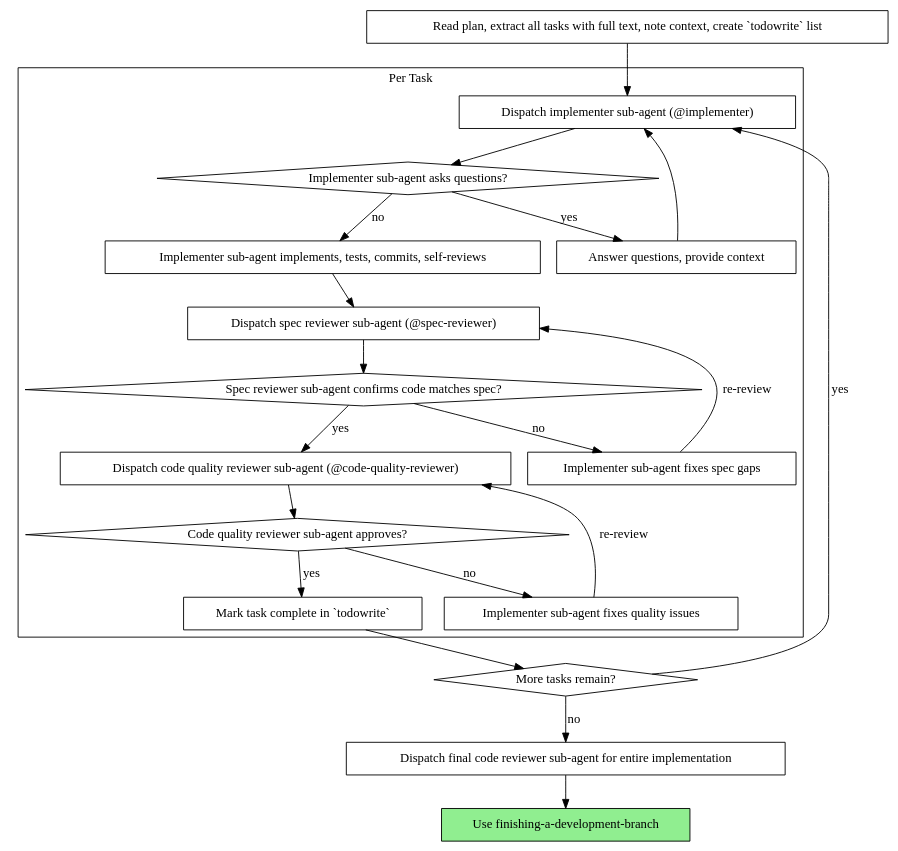
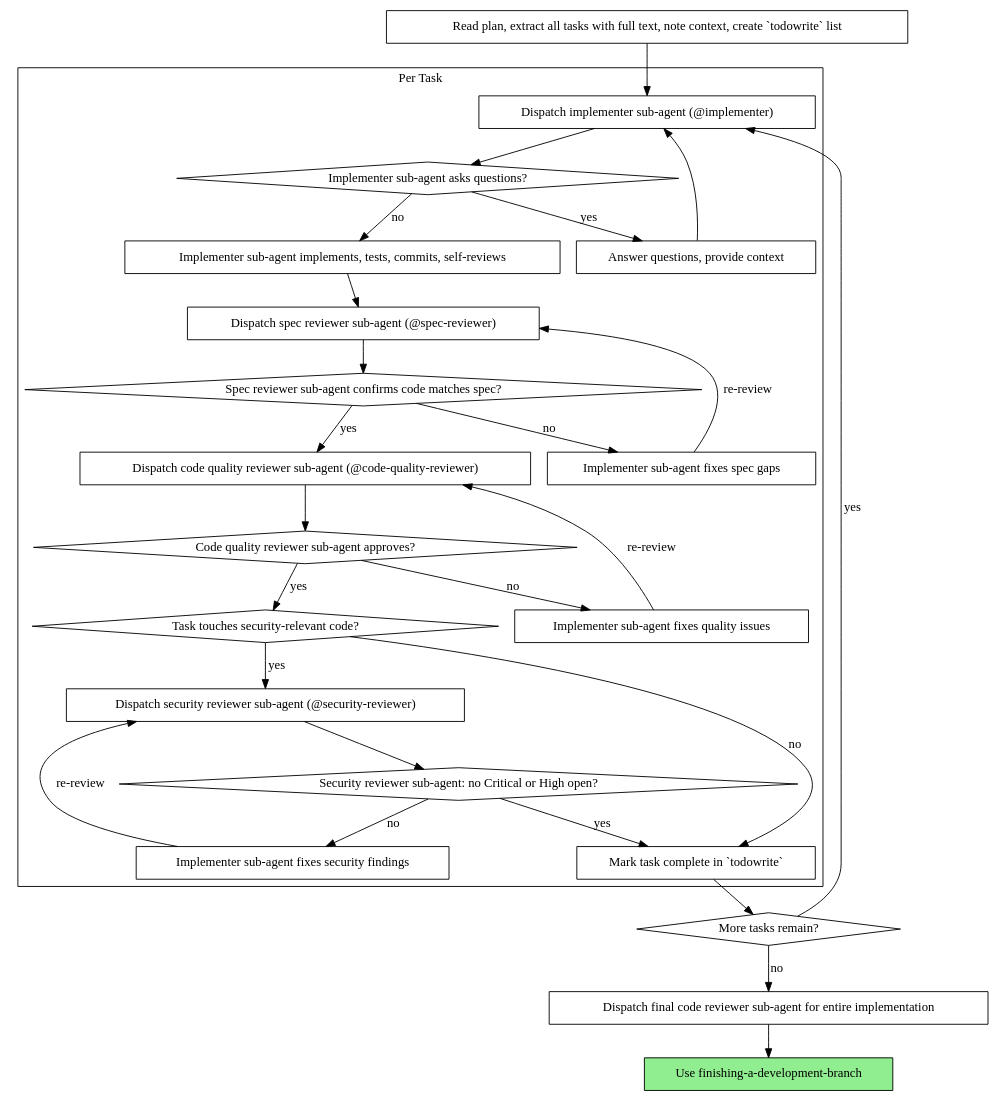
Before and after one commit to osmontero/opencode-skills: the second of 2 diagrams in skills/subagent-driven-development/SKILL.md, drawn with Graphviz. The commit also changed other lines of this file and 3 other files, not shown here.

Commit message:
Add security-reviewer as third gate in the dev review pipeline

````diff
--- a/skills/subagent-driven-development/SKILL.md
+++ b/skills/subagent-driven-development/SKILL.md
@@ -43,44 +43,54 @@
 ```dot
 digraph process {
     rankdir=TB;
 
     subgraph cluster_per_task {
         label="Per Task";
         "Dispatch implementer sub-agent (@implementer)" [shape=box];
         "Implementer sub-agent asks questions?" [shape=diamond];
         "Answer questions, provide context" [shape=box];
         "Implementer sub-agent implements, tests, commits, self-reviews" [shape=box];
         "Dispatch spec reviewer sub-agent (@spec-reviewer)" [shape=box];
         "Spec reviewer sub-agent confirms code matches spec?" [shape=diamond];
         "Implementer sub-agent fixes spec gaps" [shape=box];
         "Dispatch code quality reviewer sub-agent (@code-quality-reviewer)" [shape=box];
         "Code quality reviewer sub-agent approves?" [shape=diamond];
         "Implementer sub-agent fixes quality issues" [shape=box];
+        "Task touches security-relevant code?" [shape=diamond];
+        "Dispatch security reviewer sub-agent (@security-reviewer)" [shape=box];
+        "Security reviewer sub-agent: no Critical or High open?" [shape=diamond];
+        "Implementer sub-agent fixes security findings" [shape=box];
         "Mark task complete in `todowrite`" [shape=box];
     }
 
     "Read plan, extract all tasks with full text, note context, create `todowrite` list" [shape=box];
     "More tasks remain?" [shape=diamond];
     "Dispatch final code reviewer sub-agent for entire implementation" [shape=box];
     "Use finishing-a-development-branch" [shape=box style=filled fillcolor=lightgreen];
 
     "Read plan, extract all tasks with full text, note context, create `todowrite` list" -> "Dispatch implementer sub-agent (@implementer)";
     "Dispatch implementer sub-agent (@implementer)" -> "Implementer sub-agent asks questions?";
     "Implementer sub-agent asks questions?" -> "Answer questions, provide context" [label="yes"];
     "Answer questions, provide context" -> "Dispatch implementer sub-agent (@implementer)";
     "Implementer sub-agent asks questions?" -> "Implementer sub-agent implements, tests, commits, self-reviews" [label="no"];
     "Implementer sub-agent implements, tests, commits, self-reviews" -> "Dispatch spec reviewer sub-agent (@spec-reviewer)";
     "Dispatch spec reviewer sub-agent (@spec-reviewer)" -> "Spec reviewer sub-agent confirms code matches spec?";
     "Spec reviewer sub-agent confirms code matches spec?" -> "Implementer sub-agent fixes spec gaps" [label="no"];
     "Implementer sub-agent fixes spec gaps" -> "Dispatch spec reviewer sub-agent (@spec-reviewer)" [label="re-review"];
     "Spec reviewer sub-agent confirms code matches spec?" -> "Dispatch code quality reviewer sub-agent (@code-quality-reviewer)" [label="yes"];
     "Dispatch code quality reviewer sub-agent (@code-quality-reviewer)" -> "Code quality reviewer sub-agent approves?";
     "Code quality reviewer sub-agent approves?" -> "Implementer sub-agent fixes quality issues" [label="no"];
     "Implementer sub-agent fixes quality issues" -> "Dispatch code quality reviewer sub-agent (@code-quality-reviewer)" [label="re-review"];
-    "Code quality reviewer sub-agent approves?" -> "Mark task complete in `todowrite`" [label="yes"];
+    "Code quality reviewer sub-agent approves?" -> "Task touches security-relevant code?" [label="yes"];
+    "Task touches security-relevant code?" -> "Dispatch security reviewer sub-agent (@security-reviewer)" [label="yes"];
+    "Task touches security-relevant code?" -> "Mark task complete in `todowrite`" [label="no"];
+    "Dispatch security reviewer sub-agent (@security-reviewer)" -> "Security reviewer sub-agent: no Critical or High open?";
+    "Security reviewer sub-agent: no Critical or High open?" -> "Implementer sub-agent fixes security findings" [label="no"];
+    "Implementer sub-agent fixes security findings" -> "Dispatch security reviewer sub-agent (@security-reviewer)" [label="re-review"];
+    "Security reviewer sub-agent: no Critical or High open?" -> "Mark task complete in `todowrite`" [label="yes"];
     "Mark task complete in `todowrite`" -> "More tasks remain?";
     "More tasks remain?" -> "Dispatch implementer sub-agent (@implementer)" [label="yes"];
     "More tasks remain?" -> "Dispatch final code reviewer sub-agent for entire implementation" [label="no"];
     "Dispatch final code reviewer sub-agent for entire implementation" -> "Use finishing-a-development-branch";
 }
 ```
````
